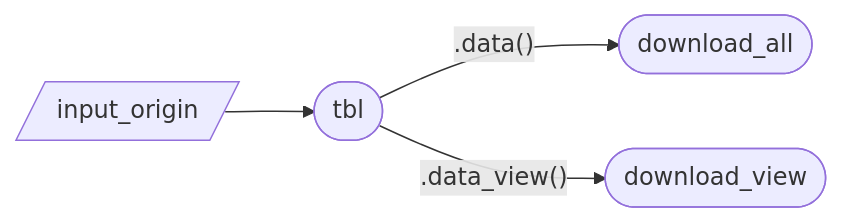
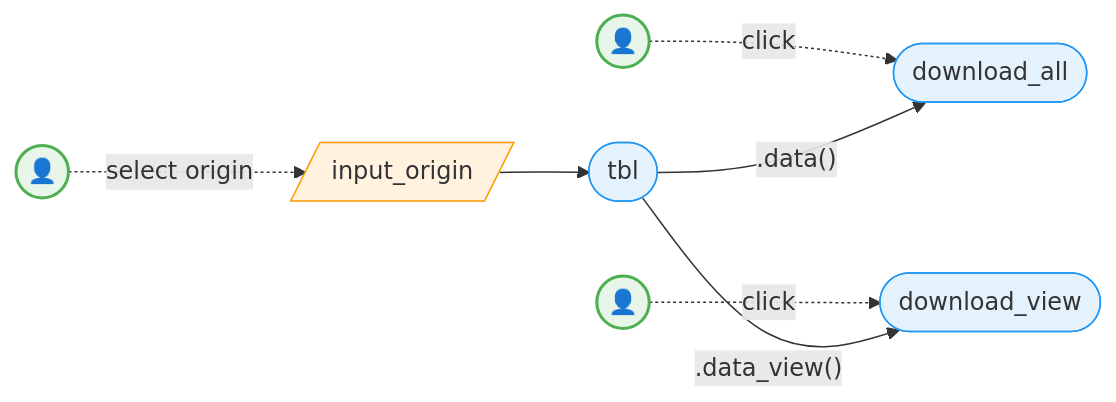
One commit to UBC-MDS/DSCI_532_vis-2_book changed the fourth of 4 diagrams in slides/06b-styling.qmd. Above: the diagram before and after it, drawn with Mermaid. The commit also changed other lines of this file and 1 other file, not shown here.

Commit message:
06b-styling mermaid updates added user, updated styles

````diff
--- a/slides/06b-styling.qmd
+++ b/slides/06b-styling.qmd
@@ -838,6 +863,17 @@
 ```{mermaid}
 flowchart LR
+  U((👤)) -.select origin.-> A
   A[/input_origin/] --> T([tbl])
+  U2((👤)) -.click.-> D1
+  U3((👤)) -.click.-> D2
   T -->|".data()"| D1([download_all])
   T -->|".data_view()"| D2([download_view])
+
+  style U fill:#E8F5E9,stroke:#4CAF50,stroke-width:2px
+  style U2 fill:#E8F5E9,stroke:#4CAF50,stroke-width:2px
+  style U3 fill:#E8F5E9,stroke:#4CAF50,stroke-width:2px
+  style A fill:#FFF3E0,stroke:#FF9800
+  style T fill:#E3F2FD,stroke:#2196F3
+  style D1 fill:#E3F2FD,stroke:#2196F3
+  style D2 fill:#E3F2FD,stroke:#2196F3
 ```
````
